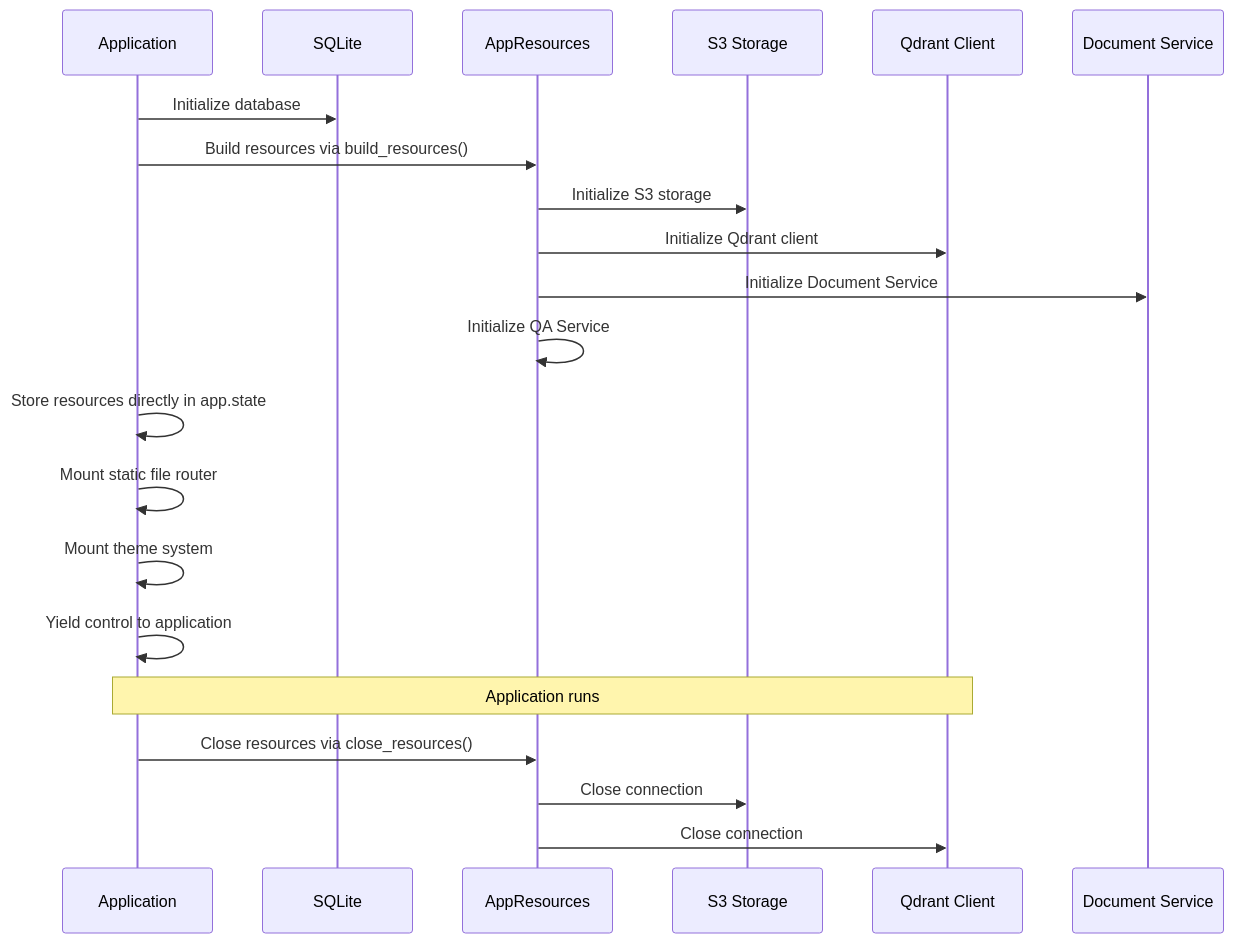
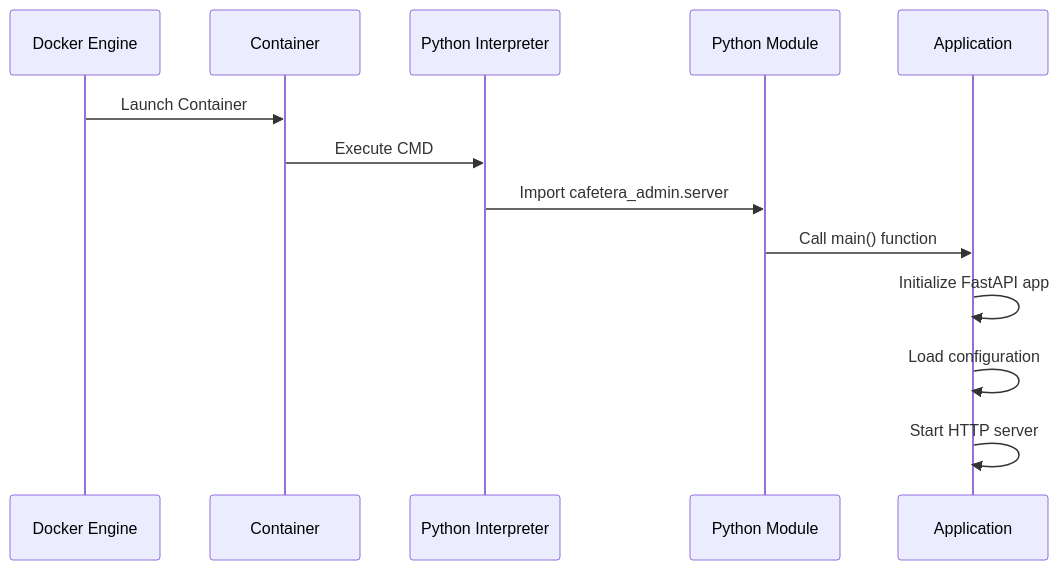
One commit to ognelis/cafetera_hr_bot changed the second of 2 diagrams in .qoder/repowiki/en/content/Development Workflow/Main Application Entry Point.md. Above: the diagram before and after it, drawn with Mermaid. The commit also changed other lines of this file and 139 other files, not shown here.

````diff
--- a/.qoder/repowiki/en/content/Development Workflow/Main Application Entry Point.md
+++ b/.qoder/repowiki/en/content/Development Workflow/Main Application Entry Point.md
@@ -135,23 +250,15 @@
 ```mermaid
 sequenceDiagram
+participant Docker as Docker Engine
+participant Container as Container
+participant Python as Python Interpreter
+participant Module as Python Module
 participant App as Application
-participant DB as SQLite
-participant Resources as AppResources
-participant S3 as S3 Storage
-participant Qdrant as Qdrant Client
-participant Service as Document Service
-App->>DB : Initialize database
-App->>Resources : Build resources via build_resources()
-Resources->>S3 : Initialize S3 storage
-Resources->>Qdrant : Initialize Qdrant client
-Resources->>Service : Initialize Document Service
-Resources->>Resources : Initialize QA Service
-App->>App : Store resources directly in app.state
-App->>App : Mount static file router
-App->>App : Mount theme system
-App->>App : Yield control to application
-Note over App,Qdrant : Application runs
-App->>Resources : Close resources via close_resources()
-Resources->>S3 : Close connection
-Resources->>Qdrant : Close connection
+Docker->>Container : Launch Container
+Container->>Python : Execute CMD
+Python->>Module : Import cafetera_admin.server
+Module->>App : Call main() function
+App->>App : Initialize FastAPI app
+App->>App : Load configuration
+App->>App : Start HTTP server
 ```
````
